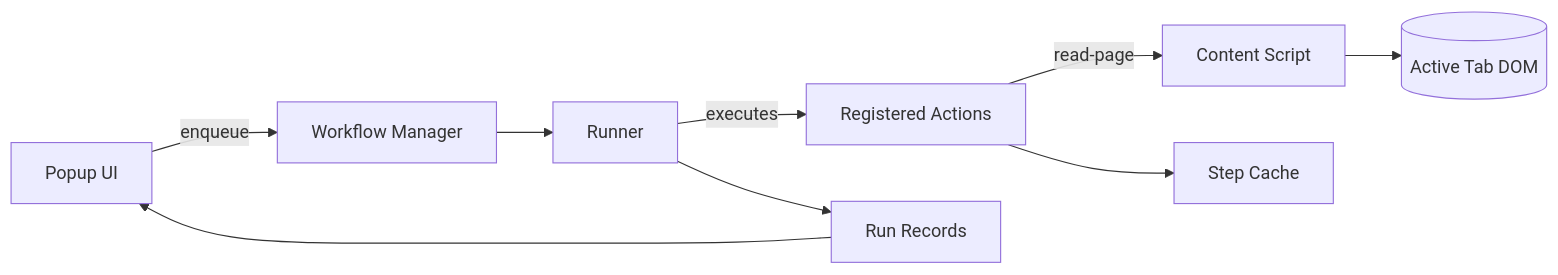
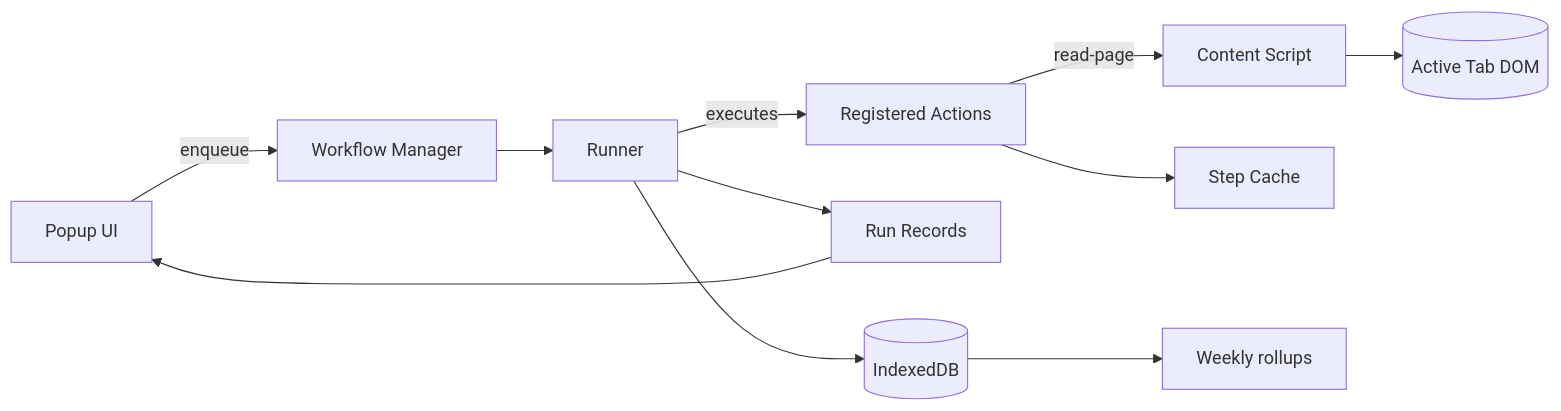
One commit to pangmaowang/OneFlow changed the diagram in docs/architecture.md. Above: the diagram before and after it, drawn with Mermaid. The commit also changed other lines of this file and 5 other files, not shown here.

````diff
--- a/docs/architecture.md
+++ b/docs/architecture.md
@@ -9,11 +10,13 @@
 ```mermaid
 flowchart LR
 	Popup[Popup UI] -->|enqueue| Manager[Workflow Manager]
 	Manager --> Runner[Runner]
 	Runner -->|executes| Actions[Registered Actions]
 	Actions -->|read-page| ContentScript[Content Script]
 	ContentScript --> DOM[(Active Tab DOM)]
 	Actions --> Cache[Step Cache]
 	Runner --> Results[Run Records]
 	Results --> Popup
+	Runner --> Storage[(IndexedDB)]
+	Storage --> Weekly[Weekly rollups]
 ```
````
